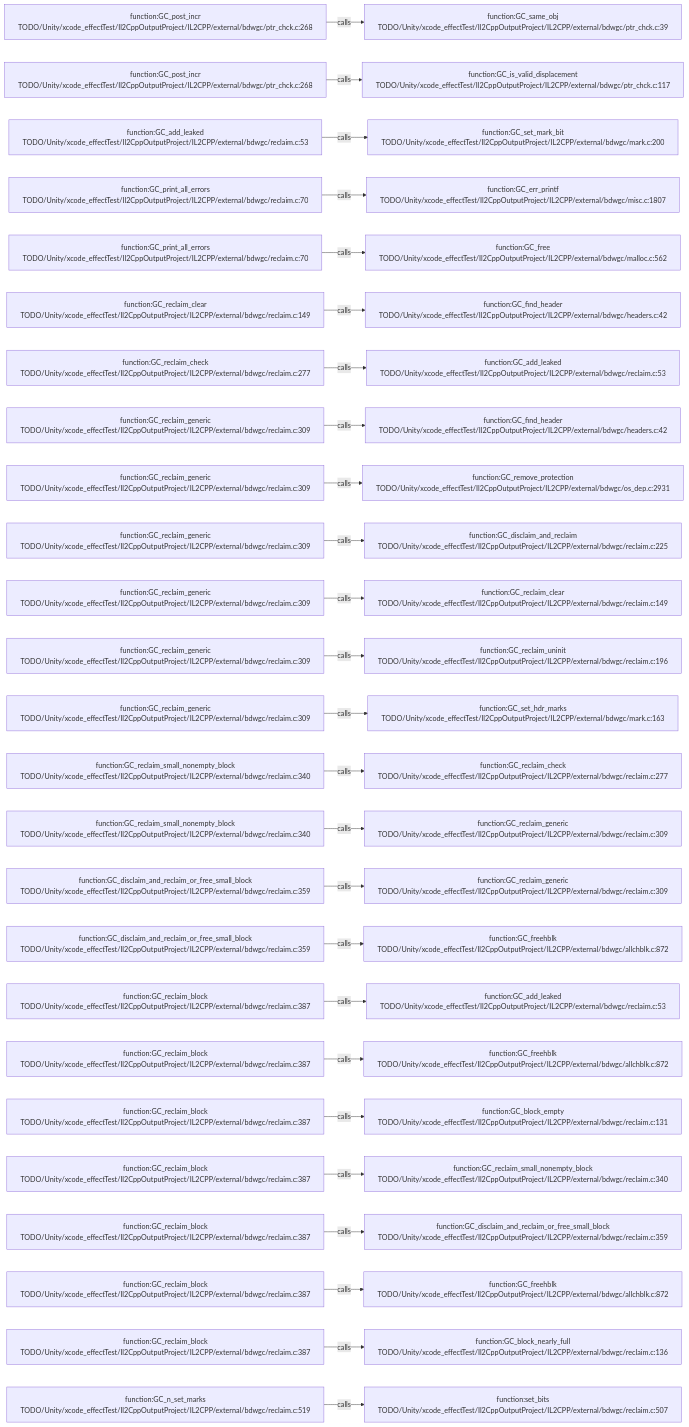
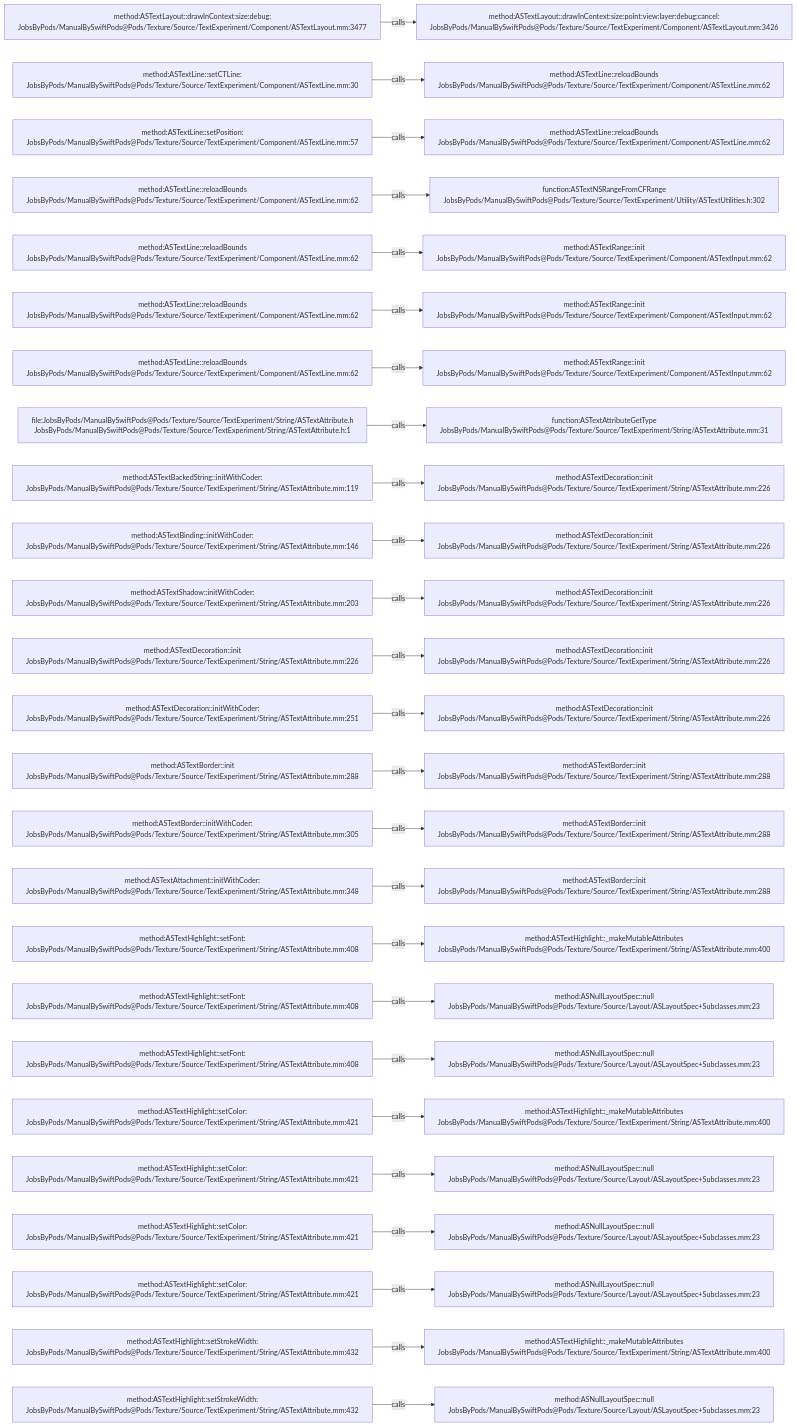
One commit to JobsKits/JobsSwiftBaseConfigDemo changed the diagram in .codegraph/codegraph.md/graphs/calls-157.md. Above: the diagram before and after it, drawn with Mermaid. The commit also changed 2959 other files, not shown here.

````diff
--- a/.codegraph/codegraph.md/graphs/calls-157.md
+++ b/.codegraph/codegraph.md/graphs/calls-157.md
@@ -13,78 +13,78 @@
 ```mermaid
 flowchart LR
-  S1["function:GC_post_incr<br/>TODO/Unity/xcode_effectTest/Il2CppOutputProject/IL2CPP/external/bdwgc/ptr_chck.c:268"]
-  T1["function:GC_same_obj<br/>TODO/Unity/xcode_effectTest/Il2CppOutputProject/IL2CPP/external/bdwgc/ptr_chck.c:39"]
+  S1["method:ASTextLayout::drawInContext:size:debug:<br/>JobsByPods/ManualBySwiftPods@Pods/Texture/Source/TextExperiment/Component/ASTextLayout.mm:3477"]
+  T1["method:ASTextLayout::drawInContext:size:point:view:layer:debug:cancel:<br/>JobsByPods/ManualBySwiftPods@Pods/Texture/Source/TextExperiment/Component/ASTextLayout.mm:3426"]
   S1 -->|calls| T1
-  S2["function:GC_post_incr<br/>TODO/Unity/xcode_effectTest/Il2CppOutputProject/IL2CPP/external/bdwgc/ptr_chck.c:268"]
-  T2["function:GC_is_valid_displacement<br/>TODO/Unity/xcode_effectTest/Il2CppOutputProject/IL2CPP/external/bdwgc/ptr_chck.c:117"]
+  S2["method:ASTextLine::setCTLine:<br/>JobsByPods/ManualBySwiftPods@Pods/Texture/Source/TextExperiment/Component/ASTextLine.mm:30"]
+  T2["method:ASTextLine::reloadBounds<br/>JobsByPods/ManualBySwiftPods@Pods/Texture/Source/TextExperiment/Component/ASTextLine.mm:62"]
   S2 -->|calls| T2
-  S3["function:GC_add_leaked<br/>TODO/Unity/xcode_effectTest/Il2CppOutputProject/IL2CPP/external/bdwgc/reclaim.c:53"]
-  T3["function:GC_set_mark_bit<br/>TODO/Unity/xcode_effectTest/Il2CppOutputProject/IL2CPP/external/bdwgc/mark.c:200"]
+  S3["method:ASTextLine::setPosition:<br/>JobsByPods/ManualBySwiftPods@Pods/Texture/Source/TextExperiment/Component/ASTextLine.mm:57"]
+  T3["method:ASTextLine::reloadBounds<br/>JobsByPods/ManualBySwiftPods@Pods/Texture/Source/TextExperiment/Component/ASTextLine.mm:62"]
   S3 -->|calls| T3
-  S4["function:GC_print_all_errors<br/>TODO/Unity/xcode_effectTest/Il2CppOutputProject/IL2CPP/external/bdwgc/reclaim.c:70"]
-  T4["function:GC_err_printf<br/>TODO/Unity/xcode_effectTest/Il2CppOutputProject/IL2CPP/external/bdwgc/misc.c:1807"]
+  S4["method:ASTextLine::reloadBounds<br/>JobsByPods/ManualBySwiftPods@Pods/Texture/Source/TextExperiment/Component/ASTextLine.mm:62"]
+  T4["function:ASTextNSRangeFromCFRange<br/>JobsByPods/ManualBySwiftPods@Pods/Texture/Source/TextExperiment/Utility/ASTextUtilities.h:302"]
   S4 -->|calls| T4
-  S5["function:GC_print_all_errors<br/>TODO/Unity/xcode_effectTest/Il2CppOutputProject/IL2CPP/external/bdwgc/reclaim.c:70"]
-  T5["function:GC_free<br/>TODO/Unity/xcode_effectTest/Il2CppOutputProject/IL2CPP/external/bdwgc/malloc.c:562"]
+  S5["method:ASTextLine::reloadBounds<br/>JobsByPods/ManualBySwiftPods@Pods/Texture/Source/TextExperiment/Component/ASTextLine.mm:62"]
+  T5["method:ASTextRange::init<br/>JobsByPods/ManualBySwiftPods@Pods/Texture/Source/TextExperiment/Component/ASTextInput.mm:62"]
   S5 -->|calls| T5
-  S6["function:GC_reclaim_clear<br/>TODO/Unity/xcode_effectTest/Il2CppOutputProject/IL2CPP/external/bdwgc/reclaim.c:149"]
-  T6["function:GC_find_header<br/>TODO/Unity/xcode_effectTest/Il2CppOutputProject/IL2CPP/external/bdwgc/headers.c:42"]
+  S6["method:ASTextLine::reloadBounds<br/>JobsByPods/ManualBySwiftPods@Pods/Texture/Source/TextExperiment/Component/ASTextLine.mm:62"]
+  T6["method:ASTextRange::init<br/>JobsByPods/ManualBySwiftPods@Pods/Texture/Source/TextExperiment/Component/ASTextInput.mm:62"]
   S6 -->|calls| T6
-  S7["function:GC_reclaim_check<br/>TODO/Unity/xcode_effectTest/Il2CppOutputProject/IL2CPP/external/bdwgc/reclaim.c:277"]
-  T7["function:GC_add_leaked<br/>TODO/Unity/xcode_effectTest/Il2CppOutputProject/IL2CPP/external/bdwgc/reclaim.c:53"]
+  S7["method:ASTextLine::reloadBounds<br/>JobsByPods/ManualBySwiftPods@Pods/Texture/Source/TextExperiment/Component/ASTextLine.mm:62"]
+  T7["method:ASTextRange::init<br/>JobsByPods/ManualBySwiftPods@Pods/Texture/Source/TextExperiment/Component/ASTextInput.mm:62"]
   S7 -->|calls| T7
-  S8["function:GC_reclaim_generic<br/>TODO/Unity/xcode_effectTest/Il2CppOutputProject/IL2CPP/external/bdwgc/reclaim.c:309"]
-  T8["function:GC_find_header<br/>TODO/Unity/xcode_effectTest/Il2CppOutputProject/IL2CPP/external/bdwgc/headers.c:42"]
+  S8["file:JobsByPods/ManualBySwiftPods@Pods/Texture/Source/TextExperiment/String/ASTextAttribute.h<br/>JobsByPods/ManualBySwiftPods@Pods/Texture/Source/TextExperiment/String/ASTextAttribute.h:1"]
+  T8["function:ASTextAttributeGetType<br/>JobsByPods/ManualBySwiftPods@Pods/Texture/Source/TextExperiment/String/ASTextAttribute.mm:31"]
   S8 -->|calls| T8
-  S9["function:GC_reclaim_generic<br/>TODO/Unity/xcode_effectTest/Il2CppOutputProject/IL2CPP/external/bdwgc/reclaim.c:309"]
-  T9["function:GC_remove_protection<br/>TODO/Unity/xcode_effectTest/Il2CppOutputProject/IL2CPP/external/bdwgc/os_dep.c:2931"]
+  S9["method:ASTextBackedString::initWithCoder:<br/>JobsByPods/ManualBySwiftPods@Pods/Texture/Source/TextExperiment/String/ASTextAttribute.mm:119"]
+  T9["method:ASTextDecoration::init<br/>JobsByPods/ManualBySwiftPods@Pods/Texture/Source/TextExperiment/String/ASTextAttribute.mm:226"]
   S9 -->|calls| T9
-  S10["function:GC_reclaim_generic<br/>TODO/Unity/xcode_effectTest/Il2CppOutputProject/IL2CPP/external/bdwgc/reclaim.c:309"]
-  T10["function:GC_disclaim_and_reclaim<br/>TODO/Unity/xcode_effectTest/Il2CppOutputProject/IL2CPP/external/bdwgc/reclaim.c:225"]
+  S10["method:ASTextBinding::initWithCoder:<br/>JobsByPods/ManualBySwiftPods@Pods/Texture/Source/TextExperiment/String/ASTextAttribute.mm:146"]
+  T10["method:ASTextDecoration::init<br/>JobsByPods/ManualBySwiftPods@Pods/Texture/Source/TextExperiment/String/ASTextAttribute.mm:226"]
   S10 -->|calls| T10
-  S11["function:GC_reclaim_generic<br/>TODO/Unity/xcode_effectTest/Il2CppOutputProject/IL2CPP/external/bdwgc/reclaim.c:309"]
-  T11["function:GC_reclaim_clear<br/>TODO/Unity/xcode_effectTest/Il2CppOutputProject/IL2CPP/external/bdwgc/reclaim.c:149"]
+  S11["method:ASTextShadow::initWithCoder:<br/>JobsByPods/ManualBySwiftPods@Pods/Texture/Source/TextExperiment/String/ASTextAttribute.mm:203"]
+  T11["method:ASTextDecoration::init<br/>JobsByPods/ManualBySwiftPods@Pods/Texture/Source/TextExperiment/String/ASTextAttribute.mm:226"]
   S11 -->|calls| T11
-  S12["function:GC_reclaim_generic<br/>TODO/Unity/xcode_effectTest/Il2CppOutputProject/IL2CPP/external/bdwgc/reclaim.c:309"]
-  T12["function:GC_reclaim_uninit<br/>TODO/Unity/xcode_effectTest/Il2CppOutputProject/IL2CPP/external/bdwgc/reclaim.c:196"]
+  S12["method:ASTextDecoration::init<br/>JobsByPods/ManualBySwiftPods@Pods/Texture/Source/TextExperiment/String/ASTextAttribute.mm:226"]
+  T12["method:ASTextDecoration::init<br/>JobsByPods/ManualBySwiftPods@Pods/Texture/Source/TextExperiment/String/ASTextAttribute.mm:226"]
   S12 -->|calls| T12
-  S13["function:GC_reclaim_generic<br/>TODO/Unity/xcode_effectTest/Il2CppOutputProject/IL2CPP/external/bdwgc/reclaim.c:309"]
-  T13["function:GC_set_hdr_marks<br/>TODO/Unity/xcode_effectTest/Il2CppOutputProject/IL2CPP/external/bdwgc/mark.c:163"]
+  S13["method:ASTextDecoration::initWithCoder:<br/>JobsByPods/ManualBySwiftPods@Pods/Texture/Source/TextExperiment/String/ASTextAttribute.mm:251"]
+  T13["method:ASTextDecoration::init<br/>JobsByPods/ManualBySwiftPods@Pods/Texture/Source/TextExperiment/String/ASTextAttribute.mm:226"]
   S13 -->|calls| T13
-  S14["function:GC_reclaim_small_nonempty_block<br/>TODO/Unity/xcode_effectTest/Il2CppOutputProject/IL2CPP/external/bdwgc/reclaim.c:340"]
-  T14["function:GC_reclaim_check<br/>TODO/Unity/xcode_effectTest/Il2CppOutputProject/IL2CPP/external/bdwgc/reclaim.c:277"]
+  S14["method:ASTextBorder::init<br/>JobsByPods/ManualBySwiftPods@Pods/Texture/Source/TextExperiment/String/ASTextAttribute.mm:288"]
+  T14["method:ASTextBorder::init<br/>JobsByPods/ManualBySwiftPods@Pods/Texture/Source/TextExperiment/String/ASTextAttribute.mm:288"]
   S14 -->|calls| T14
-  S15["function:GC_reclaim_small_nonempty_block<br/>TODO/Unity/xcode_effectTest/Il2CppOutputProject/IL2CPP/external/bdwgc/reclaim.c:340"]
-  T15["function:GC_reclaim_generic<br/>TODO/Unity/xcode_effectTest/Il2CppOutputProject/IL2CPP/external/bdwgc/reclaim.c:309"]
+  S15["method:ASTextBorder::initWithCoder:<br/>JobsByPods/ManualBySwiftPods@Pods/Texture/Source/TextExperiment/String/ASTextAttribute.mm:305"]
+  T15["method:ASTextBorder::init<br/>JobsByPods/ManualBySwiftPods@Pods/Texture/Source/TextExperiment/String/ASTextAttribute.mm:288"]
   S15 -->|calls| T15
-  S16["function:GC_disclaim_and_reclaim_or_free_small_block<br/>TODO/Unity/xcode_effectTest/Il2CppOutputProject/IL2CPP/external/bdwgc/reclaim.c:359"]
-  T16["function:GC_reclaim_generic<br/>TODO/Unity/xcode_effectTest/Il2CppOutputProject/IL2CPP/external/bdwgc/reclaim.c:309"]
+  S16["method:ASTextAttachment::initWithCoder:<br/>JobsByPods/ManualBySwiftPods@Pods/Texture/Source/TextExperiment/String/ASTextAttribute.mm:348"]
+  T16["method:ASTextBorder::init<br/>JobsByPods/ManualBySwiftPods@Pods/Texture/Source/TextExperiment/String/ASTextAttribute.mm:288"]
   S16 -->|calls| T16
-  S17["function:GC_disclaim_and_reclaim_or_free_small_block<br/>TODO/Unity/xcode_effectTest/Il2CppOutputProject/IL2CPP/external/bdwgc/reclaim.c:359"]
-  T17["function:GC_freehblk<br/>TODO/Unity/xcode_effectTest/Il2CppOutputProject/IL2CPP/external/bdwgc/allchblk.c:872"]
+  S17["method:ASTextHighlight::setFont:<br/>JobsByPods/ManualBySwiftPods@Pods/Texture/Source/TextExperiment/String/ASTextAttribute.mm:408"]
+  T17["method:ASTextHighlight::_makeMutableAttributes<br/>JobsByPods/ManualBySwiftPods@Pods/Texture/Source/TextExperiment/String/ASTextAttribute.mm:400"]
   S17 -->|calls| T17
-  S18["function:GC_reclaim_block<br/>TODO/Unity/xcode_effectTest/Il2CppOutputProject/IL2CPP/external/bdwgc/reclaim.c:387"]
-  T18["function:GC_add_leaked<br/>TODO/Unity/xcode_effectTest/Il2CppOutputProject/IL2CPP/external/bdwgc/reclaim.c:53"]
+  S18["method:ASTextHighlight::setFont:<br/>JobsByPods/ManualBySwiftPods@Pods/Texture/Source/TextExperiment/String/ASTextAttribute.mm:408"]
+  T18["method:ASNullLayoutSpec::null<br/>JobsByPods/ManualBySwiftPods@Pods/Texture/Source/Layout/ASLayoutSpec+Subclasses.mm:23"]
   S18 -->|calls| T18
-  S19["function:GC_reclaim_block<br/>TODO/Unity/xcode_effectTest/Il2CppOutputProject/IL2CPP/external/bdwgc/reclaim.c:387"]
-  T19["function:GC_freehblk<br/>TODO/Unity/xcode_effectTest/Il2CppOutputProject/IL2CPP/external/bdwgc/allchblk.c:872"]
+  S19["method:ASTextHighlight::setFont:<br/>JobsByPods/ManualBySwiftPods@Pods/Texture/Source/TextExperiment/String/ASTextAttribute.mm:408"]
+  T19["method:ASNullLayoutSpec::null<br/>JobsByPods/ManualBySwiftPods@Pods/Texture/Source/Layout/ASLayoutSpec+Subclasses.mm:23"]
   S19 -->|calls| T19
-  S20["function:GC_reclaim_block<br/>TODO/Unity/xcode_effectTest/Il2CppOutputProject/IL2CPP/external/bdwgc/reclaim.c:387"]
-  T20["function:GC_block_empty<br/>TODO/Unity/xcode_effectTest/Il2CppOutputProject/IL2CPP/external/bdwgc/reclaim.c:131"]
+  S20["method:ASTextHighlight::setColor:<br/>JobsByPods/ManualBySwiftPods@Pods/Texture/Source/TextExperiment/String/ASTextAttribute.mm:421"]
+  T20["method:ASTextHighlight::_makeMutableAttributes<br/>JobsByPods/ManualBySwiftPods@Pods/Texture/Source/TextExperiment/String/ASTextAttribute.mm:400"]
   S20 -->|calls| T20
-  S21["function:GC_reclaim_block<br/>TODO/Unity/xcode_effectTest/Il2CppOutputProject/IL2CPP/external/bdwgc/reclaim.c:387"]
-  T21["function:GC_reclaim_small_nonempty_block<br/>TODO/Unity/xcode_effectTest/Il2CppOutputProject/IL2CPP/external/bdwgc/reclaim.c:340"]
+  S21["method:ASTextHighlight::setColor:<br/>JobsByPods/ManualBySwiftPods@Pods/Texture/Source/TextExperiment/String/ASTextAttribute.mm:421"]
+  T21["method:ASNullLayoutSpec::null<br/>JobsByPods/ManualBySwiftPods@Pods/Texture/Source/Layout/ASLayoutSpec+Subclasses.mm:23"]
   S21 -->|calls| T21
-  S22["function:GC_reclaim_block<br/>TODO/Unity/xcode_effectTest/Il2CppOutputProject/IL2CPP/external/bdwgc/reclaim.c:387"]
-  T22["function:GC_disclaim_and_reclaim_or_free_small_block<br/>TODO/Unity/xcode_effectTest/Il2CppOutputProject/IL2CPP/external/bdwgc/reclaim.c:359"]
+  S22["method:ASTextHighlight::setColor:<br/>JobsByPods/ManualBySwiftPods@Pods/Texture/Source/TextExperiment/String/ASTextAttribute.mm:421"]
+  T22["method:ASNullLayoutSpec::null<br/>JobsByPods/ManualBySwiftPods@Pods/Texture/Source/Layout/ASLayoutSpec+Subclasses.mm:23"]
   S22 -->|calls| T22
-  S23["function:GC_reclaim_block<br/>TODO/Unity/xcode_effectTest/Il2CppOutputProject/IL2CPP/external/bdwgc/reclaim.c:387"]
-  T23["function:GC_freehblk<br/>TODO/Unity/xcode_effectTest/Il2CppOutputProject/IL2CPP/external/bdwgc/allchblk.c:872"]
+  S23["method:ASTextHighlight::setColor:<br/>JobsByPods/ManualBySwiftPods@Pods/Texture/Source/TextExperiment/String/ASTextAttribute.mm:421"]
+  T23["method:ASNullLayoutSpec::null<br/>JobsByPods/ManualBySwiftPods@Pods/Texture/Source/Layout/ASLayoutSpec+Subclasses.mm:23"]
   S23 -->|calls| T23
-  S24["function:GC_reclaim_block<br/>TODO/Unity/xcode_effectTest/Il2CppOutputProject/IL2CPP/external/bdwgc/reclaim.c:387"]
-  T24["function:GC_block_nearly_full<br/>TODO/Unity/xcode_effectTest/Il2CppOutputProject/IL2CPP/external/bdwgc/reclaim.c:136"]
+  S24["method:ASTextHighlight::setStrokeWidth:<br/>JobsByPods/ManualBySwiftPods@Pods/Texture/Source/TextExperiment/String/ASTextAttribute.mm:432"]
+  T24["method:ASTextHighlight::_makeMutableAttributes<br/>JobsByPods/ManualBySwiftPods@Pods/Texture/Source/TextExperiment/String/ASTextAttribute.mm:400"]
   S24 -->|calls| T24
-  S25["function:GC_n_set_marks<br/>TODO/Unity/xcode_effectTest/Il2CppOutputProject/IL2CPP/external/bdwgc/reclaim.c:519"]
-  T25["function:set_bits<br/>TODO/Unity/xcode_effectTest/Il2CppOutputProject/IL2CPP/external/bdwgc/reclaim.c:507"]
+  S25["method:ASTextHighlight::setStrokeWidth:<br/>JobsByPods/ManualBySwiftPods@Pods/Texture/Source/TextExperiment/String/ASTextAttribute.mm:432"]
+  T25["method:ASNullLayoutSpec::null<br/>JobsByPods/ManualBySwiftPods@Pods/Texture/Source/Layout/ASLayoutSpec+Subclasses.mm:23"]
   S25 -->|calls| T25
 ```
````
